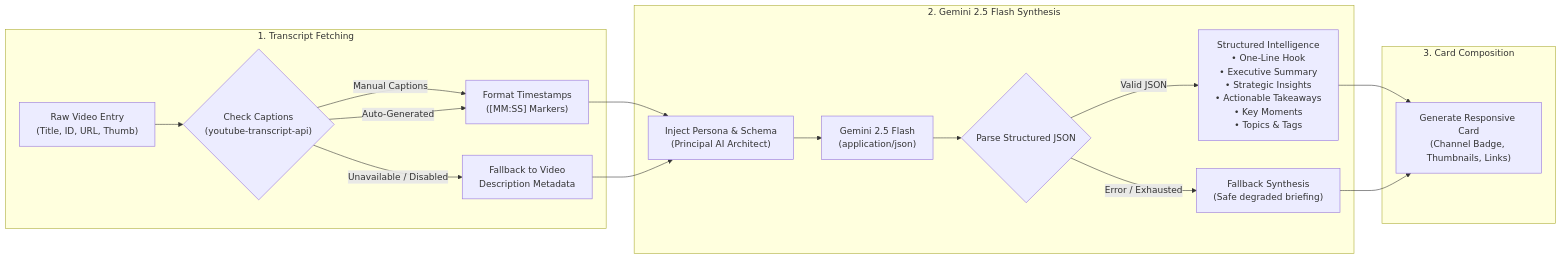
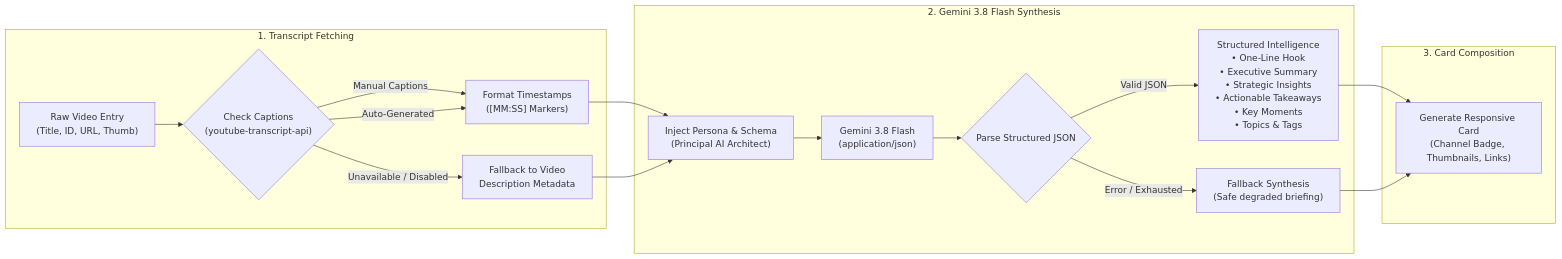
One commit to henryhyunwookim/youtube-insight-digest changed the second of 3 diagrams in README.md. Above: the diagram before and after it, drawn with Mermaid. The commit also changed other lines of this file and 6 other files, not shown here.

First line of the commit message:
feat(gemini): upgrade to Gemini 3.8 Flash and enhance Cloud Run deployment docs

````diff
--- a/README.md
+++ b/README.md
@@ -73,23 +73,23 @@
 ```mermaid
 flowchart LR
     subgraph S1 ["1. Transcript Fetching"]
         V_IN["Raw Video Entry<br/>(Title, ID, URL, Thumb)"] --> FETCH_TR{"Check Captions<br/>(youtube-transcript-api)"}
         FETCH_TR -- "Manual Captions" --> PARSE_TS["Format Timestamps<br/>([MM:SS] Markers)"]
         FETCH_TR -- "Auto-Generated" --> PARSE_TS
         FETCH_TR -- "Unavailable / Disabled" --> FALLBACK_DESC["Fallback to Video<br/>Description Metadata"]
     end
 
-    subgraph S2 ["2. Gemini 2.5 Flash Synthesis"]
+    subgraph S2 ["2. Gemini 3.8 Flash Synthesis"]
         PARSE_TS --> PROMPT_BUILD["Inject Persona & Schema<br/>(Principal AI Architect)"]
         FALLBACK_DESC --> PROMPT_BUILD
-        PROMPT_BUILD --> GEMINI_CALL["Gemini 2.5 Flash<br/>(application/json)"]
+        PROMPT_BUILD --> GEMINI_CALL["Gemini 3.8 Flash<br/>(application/json)"]
         GEMINI_CALL --> JSON_PARSE{"Parse Structured JSON"}
         JSON_PARSE -- "Valid JSON" --> BRIEFING["Structured Intelligence<br/>• One-Line Hook<br/>• Executive Summary<br/>• Strategic Insights<br/>• Actionable Takeaways<br/>• Key Moments<br/>• Topics & Tags"]
         JSON_PARSE -- "Error / Exhausted" --> RETRY_FALLBACK["Fallback Synthesis<br/>(Safe degraded briefing)"]
     end
 
     subgraph S3 ["3. Card Composition"]
         BRIEFING --> HTML_CARD["Generate Responsive Card<br/>(Channel Badge, Thumbnails, Links)"]
         RETRY_FALLBACK --> HTML_CARD
     end
 ```
````
